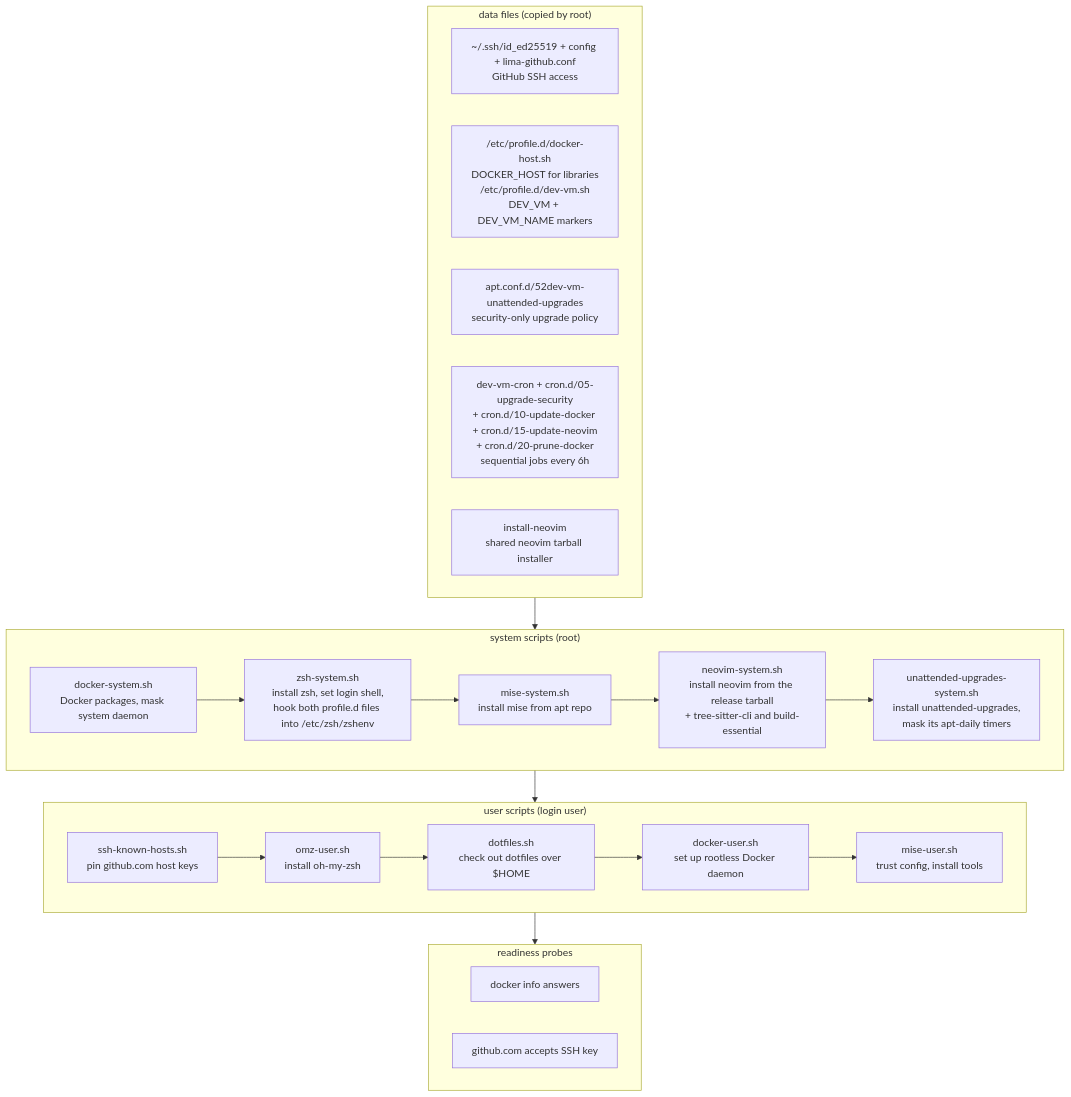
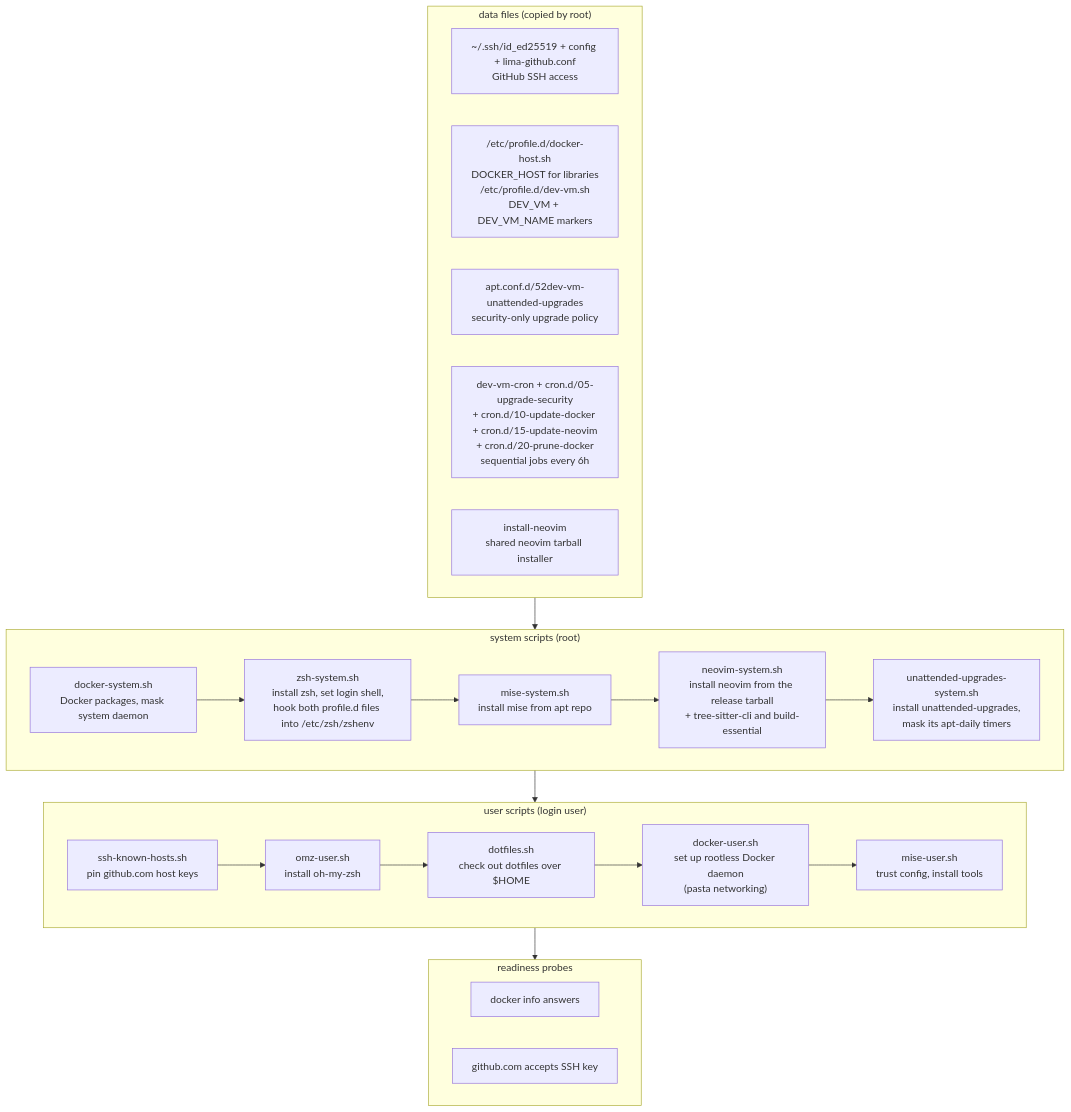
Before and after one commit to robsonpeixoto/dev-vm: the diagram in README.md, drawn with Mermaid. The commit also changed other lines of this file and 3 other files, not shown here.

First line of the commit message:
feat: switch rootless docker networking to pasta

````diff
--- a/README.md
+++ b/README.md
@@ -444,37 +450,37 @@
 ```mermaid
 flowchart TD
     subgraph data["data files (copied by root)"]
         d1["~/.ssh/id_ed25519 + config + lima-github.conf<br>GitHub SSH access"]
         d2["/etc/profile.d/docker-host.sh<br>DOCKER_HOST for libraries<br>/etc/profile.d/dev-vm.sh<br>DEV_VM + DEV_VM_NAME markers"]
         d3["apt.conf.d/52dev-vm-unattended-upgrades<br>security-only upgrade policy"]
         d4["dev-vm-cron + cron.d/05-upgrade-security<br>+ cron.d/10-update-docker + cron.d/15-update-neovim<br>+ cron.d/20-prune-docker<br>sequential jobs every 6h"]
         d5["install-neovim<br>shared neovim tarball installer"]
     end
 
     subgraph system["system scripts (root)"]
         s1["docker-system.sh<br>Docker packages, mask system daemon"]
         s2["zsh-system.sh<br>install zsh, set login shell,<br>hook both profile.d files into /etc/zsh/zshenv"]
         s3["mise-system.sh<br>install mise from apt repo"]
         s4["neovim-system.sh<br>install neovim from the release tarball<br>+ tree-sitter-cli and build-essential"]
         s5["unattended-upgrades-system.sh<br>install unattended-upgrades,<br>mask its apt-daily timers"]
     end
 
     subgraph user["user scripts (login user)"]
         u1["ssh-known-hosts.sh<br>pin github.com host keys"]
         u2["omz-user.sh<br>install oh-my-zsh"]
         u3["dotfiles.sh<br>check out dotfiles over $HOME"]
-        u4["docker-user.sh<br>set up rootless Docker daemon"]
+        u4["docker-user.sh<br>set up rootless Docker daemon<br>(pasta networking)"]
         u5["mise-user.sh<br>trust config, install tools"]
     end
 
     subgraph probes["readiness probes"]
         p1["docker info answers"]
         p2["github.com accepts SSH key"]
     end
 
     data --> system
     s1 --> s2 --> s3 --> s4 --> s5
     system --> user
     u1 --> u2 --> u3 --> u4 --> u5
     user --> probes
 ```
````
